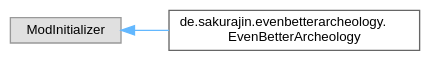
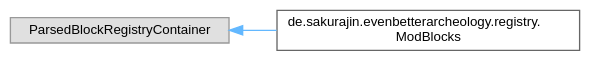
Before and after one commit to noah1510/EvenBetterArcheology: the diagram in inherit_graph_36.dot, drawn with Graphviz. The commit also changed 146 other files, not shown here.

Commit message:
Deploying to gh-pages from @ noah1510/EvenBetterArcheology@6ff48de072eb7091d01fbfddae45fe73a839b93a 🚀

```diff
--- a/inherit_graph_36.dot
+++ b/inherit_graph_36.dot
@@ -1,11 +1,11 @@
 digraph "Graphical Class Hierarchy"
 {
  // LATEX_PDF_SIZE
   bgcolor="transparent";
   edge [fontname=Helvetica,fontsize=10,labelfontname=Helvetica,labelfontsize=10];
   node [fontname=Helvetica,fontsize=10,shape=box,height=0.2,width=0.4];
   rankdir="LR";
-  Node0 [label="ModInitializer",height=0.2,width=0.4,color="grey60", fillcolor="#E0E0E0", style="filled",tooltip=" "];
+  Node0 [label="ParsedBlockRegistryContainer",height=0.2,width=0.4,color="grey60", fillcolor="#E0E0E0", style="filled",tooltip=" "];
   Node0 -> Node1 [dir="back",color="steelblue1",style="solid"];
-  Node1 [label="de.sakurajin.evenbetterarcheology.\lEvenBetterArcheology",height=0.2,width=0.4,color="grey40", fillcolor="white", style="filled",URL="$classde_1_1sakurajin_1_1evenbetterarcheology_1_1EvenBetterArcheology.html",tooltip=" "];
+  Node1 [label="de.sakurajin.evenbetterarcheology.registry.\lModBlocks",height=0.2,width=0.4,color="grey40", fillcolor="white", style="filled",URL="$classde_1_1sakurajin_1_1evenbetterarcheology_1_1registry_1_1ModBlocks.html",tooltip=" "];
 }
```
